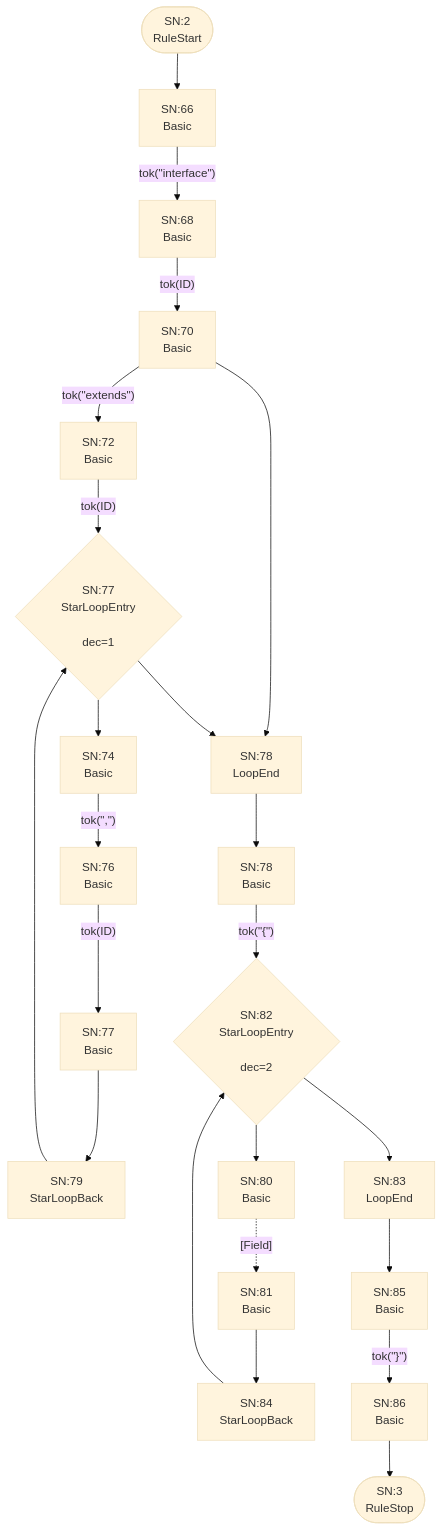
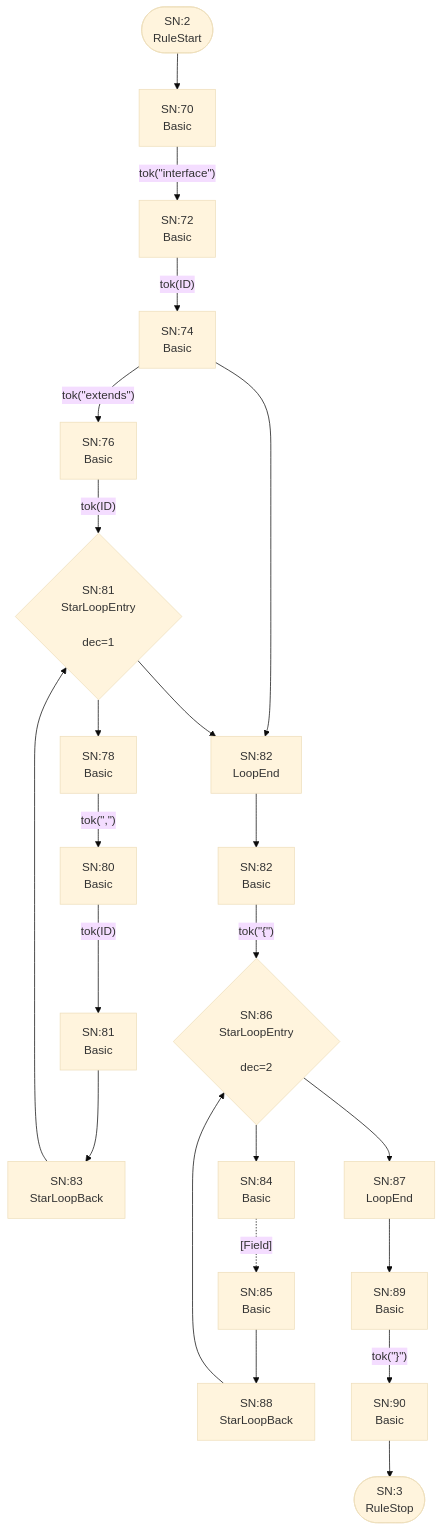
Before and after one commit to TypeFox/fastbelt: the second of 26 diagrams in internal/grammar/atn.md, drawn with Mermaid (base theme). The commit also changed other lines of this file and 22 other files, not shown here.

````diff
--- a/internal/grammar/atn.md
+++ b/internal/grammar/atn.md
@@ -51,46 +56,46 @@
 ```mermaid
 flowchart TD
     q2(["SN:2<br/>RuleStart"])
     q3(["SN:3<br/>RuleStop"])
-    q66["SN:66<br/>Basic<br/>"]
-    q67["SN:68<br/>Basic<br/>"]
-    q68["SN:70<br/>Basic<br/>"]
-    q69["SN:72<br/>Basic<br/>"]
-    q70["SN:74<br/>Basic<br/>"]
-    q71["SN:76<br/>Basic<br/>"]
-    q72["SN:77<br/>Basic<br/>"]
-    q73{"SN:77<br/>StarLoopEntry<br/><br/>dec=1"}
-    q74["SN:78<br/>LoopEnd<br/>"]
-    q75["SN:79<br/>StarLoopBack<br/>"]
-    q76["SN:78<br/>Basic<br/>"]
-    q77["SN:80<br/>Basic<br/>"]
-    q78["SN:81<br/>Basic<br/>"]
-    q79{"SN:82<br/>StarLoopEntry<br/><br/>dec=2"}
-    q80["SN:83<br/>LoopEnd<br/>"]
-    q81["SN:84<br/>StarLoopBack<br/>"]
+    q70["SN:70<br/>Basic<br/>"]
+    q71["SN:72<br/>Basic<br/>"]
+    q72["SN:74<br/>Basic<br/>"]
+    q73["SN:76<br/>Basic<br/>"]
+    q74["SN:78<br/>Basic<br/>"]
+    q75["SN:80<br/>Basic<br/>"]
+    q76["SN:81<br/>Basic<br/>"]
+    q77{"SN:81<br/>StarLoopEntry<br/><br/>dec=1"}
+    q78["SN:82<br/>LoopEnd<br/>"]
+    q79["SN:83<br/>StarLoopBack<br/>"]
+    q80["SN:82<br/>Basic<br/>"]
+    q81["SN:84<br/>Basic<br/>"]
     q82["SN:85<br/>Basic<br/>"]
-    q83["SN:86<br/>Basic<br/>"]
+    q83{"SN:86<br/>StarLoopEntry<br/><br/>dec=2"}
+    q84["SN:87<br/>LoopEnd<br/>"]
+    q85["SN:88<br/>StarLoopBack<br/>"]
+    q86["SN:89<br/>Basic<br/>"]
+    q87["SN:90<br/>Basic<br/>"]
 
-    q2 --> q66
-    q66 -->|"tok(&quot;interface&quot;)"| q67
-    q67 -->|"tok(ID)"| q68
-    q68 -->|"tok(&quot;extends&quot;)"| q69
-    q68 --> q74
-    q69 -->|"tok(ID)"| q73
-    q70 -->|"tok(&quot;,&quot;)"| q71
+    q2 --> q70
+    q70 -->|"tok(&quot;interface&quot;)"| q71
     q71 -->|"tok(ID)"| q72
-    q72 --> q75
-    q73 --> q70
-    q73 --> q74
-    q74 --> q76
-    q75 --> q73
-    q76 -->|"tok(&quot;{&quot;)"| q79
-    q77 -.->|"[Field]"| q78
-    q78 --> q81
+    q72 -->|"tok(&quot;extends&quot;)"| q73
+    q72 --> q78
+    q73 -->|"tok(ID)"| q77
+    q74 -->|"tok(&quot;,&quot;)"| q75
+    q75 -->|"tok(ID)"| q76
+    q76 --> q79
+    q77 --> q74
+    q77 --> q78
+    q78 --> q80
     q79 --> q77
-    q79 --> q80
-    q80 --> q82
-    q81 --> q79
-    q82 -->|"tok(&quot;}&quot;)"| q83
-    q83 --> q3
+    q80 -->|"tok(&quot;{&quot;)"| q83
+    q81 -.->|"[Field]"| q82
+    q82 --> q85
+    q83 --> q81
+    q83 --> q84
+    q84 --> q86
+    q85 --> q83
+    q86 -->|"tok(&quot;}&quot;)"| q87
+    q87 --> q3
 ```
````
